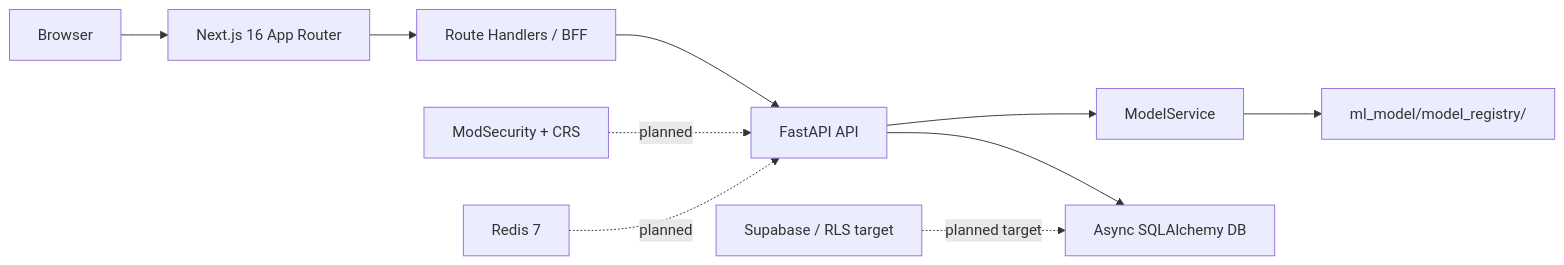
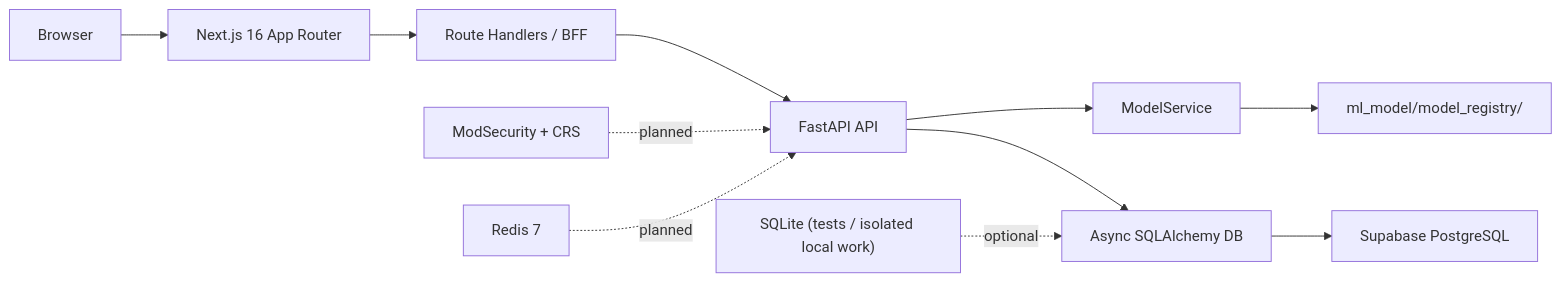
Before and after one commit to PooKYZZZ/injection-alert-system: the diagram in docs/architecture.md, drawn with Mermaid. The commit also changed other lines of this file and 10 other files, not shown here.

````diff
--- a/docs/architecture.md
+++ b/docs/architecture.md
@@ -9,13 +9,14 @@
 ```mermaid
 flowchart LR
     Browser["Browser"] --> Next["Next.js 16 App Router"]
     Next --> BFF["Route Handlers / BFF"]
     BFF --> FastAPI["FastAPI API"]
     FastAPI --> Model["ModelService"]
     FastAPI --> DB["Async SQLAlchemy DB"]
     Model --> Registry["ml_model/model_registry/"]
+    DB --> Supabase["Supabase PostgreSQL"]
 
+    SQLite["SQLite (tests / isolated local work)"] -. optional .-> DB
     ModSec["ModSecurity + CRS"] -. planned .-> FastAPI
     Redis["Redis 7"] -. planned .-> FastAPI
-    Supabase["Supabase / RLS target"] -. planned target .-> DB
 ```
````
